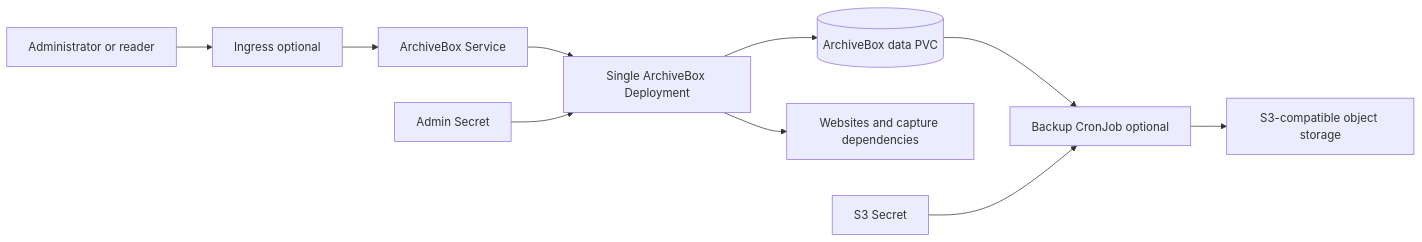
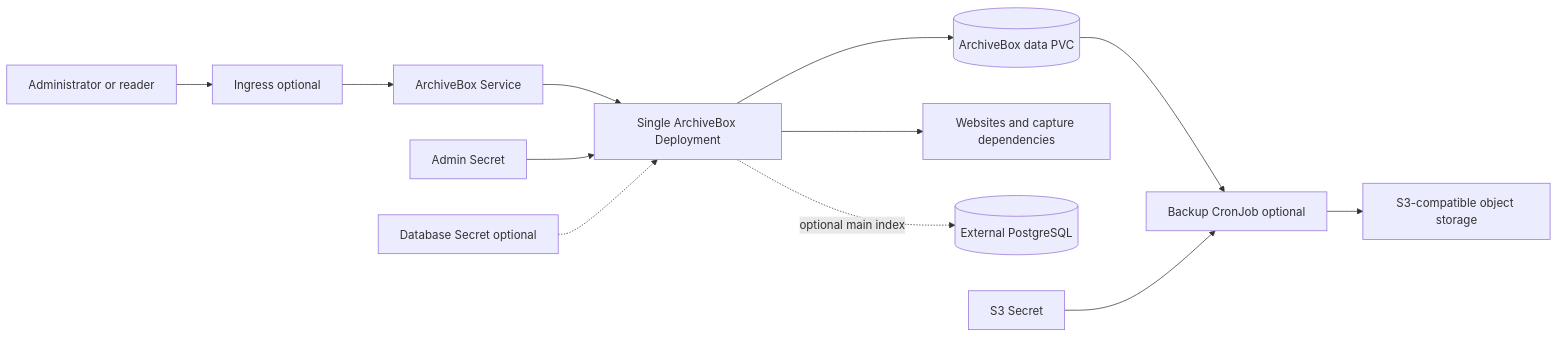
Before and after one commit to helmforgedev/charts: the diagram in charts/archivebox/DESIGN.md, drawn with Mermaid. The commit also changed other lines of this file and 18 other files, not shown here.

First line of the commit message:
fix(archivebox)!: align chart with ArchiveBox 0.9.x

````diff
--- a/charts/archivebox/DESIGN.md
+++ b/charts/archivebox/DESIGN.md
@@ -16,12 +17,14 @@
 ```mermaid
 flowchart LR
   user[Administrator or reader] --> edge[Ingress optional]
   edge --> service[ArchiveBox Service]
   service --> app[Single ArchiveBox Deployment]
   admin[Admin Secret] --> app
   app --> data[(ArchiveBox data PVC)]
   app --> web[Websites and capture dependencies]
+  app -. optional main index .-> postgres[(External PostgreSQL)]
+  dbsecret[Database Secret optional] -.-> app
   data --> cron[Backup CronJob optional]
   cron --> s3[S3-compatible object storage]
   s3secret[S3 Secret] --> cron
 ```
````
